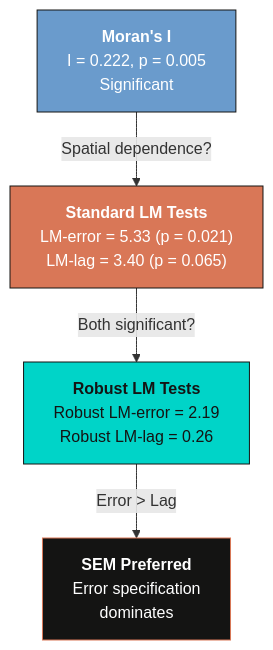
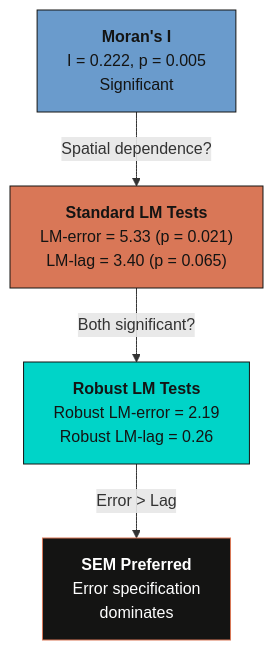
The second of 3 diagrams in content/post/stata_sp_regression_cross_section/index.md (cmg777/starter-academic-v501), drawn with Mermaid before and after one commit. The commit also changed other lines of this file and 67 other files, not shown here.

First line of the commit message:
fix(mermaid): readable diagram text in both themes across the site

````diff
--- a/content/post/stata_sp_regression_cross_section/index.md
+++ b/content/post/stata_sp_regression_cross_section/index.md
@@ -473,16 +473,16 @@
 ```mermaid
 graph TD
     MI["<b>Moran's I</b><br/>I = 0.222, p = 0.005<br/>Significant"]
     LM["<b>Standard LM Tests</b><br/>LM-error = 5.33 (p = 0.021)<br/>LM-lag = 3.40 (p = 0.065)"]
     RLM["<b>Robust LM Tests</b><br/>Robust LM-error = 2.19<br/>Robust LM-lag = 0.26"]
     SEM_d["<b>SEM Preferred</b><br/>Error specification<br/>dominates"]
 
     MI -->|"Spatial dependence?"| LM
     LM -->|"Both significant?"| RLM
     RLM -->|"Error > Lag"| SEM_d
 
-    style MI fill:#6a9bcc,stroke:#141413,color:#fff
-    style LM fill:#d97757,stroke:#141413,color:#fff
+    style MI fill:#6a9bcc,stroke:#141413,color:#141413
+    style LM fill:#d97757,stroke:#141413,color:#141413
     style RLM fill:#00d4c8,stroke:#141413,color:#141413
     style SEM_d fill:#141413,stroke:#d97757,color:#fff
 ```
````
